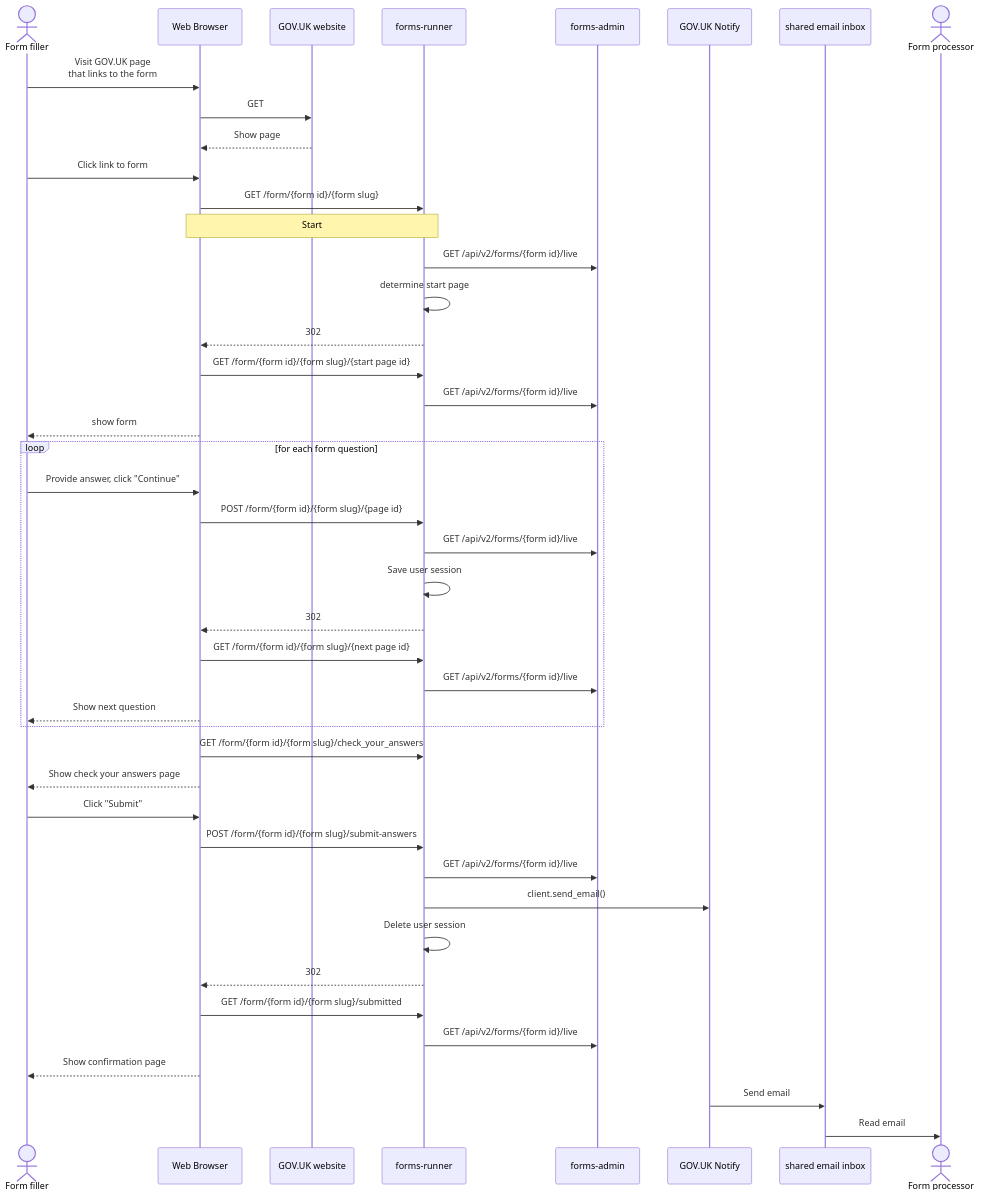
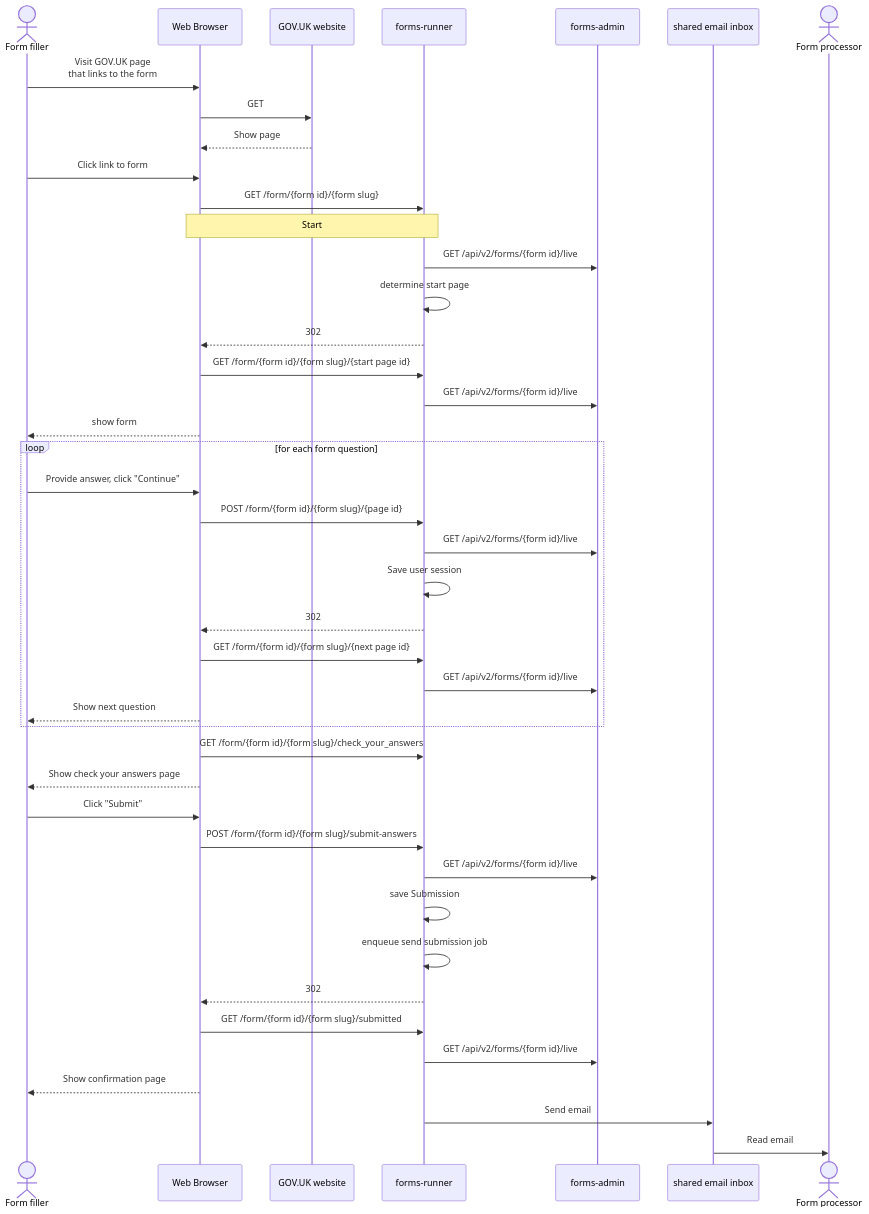
Before and after one commit to alphagov/forms: the first of 2 diagrams in diagrams/sequence-diagrams/filling-in-a-form.md, drawn with Mermaid. The commit also changed other lines of this file and 3 other files, not shown here.

First line of the commit message:
Update sequence diagrams for sending submission emails

````diff
--- a/diagrams/sequence-diagrams/filling-in-a-form.md
+++ b/diagrams/sequence-diagrams/filling-in-a-form.md
@@ -3,50 +3,49 @@
 ```mermaid 
 sequenceDiagram
   actor user as Form filler
   participant browser as Web Browser
   participant govuk as GOV.UK website
   participant runner as forms-runner
   participant admin as forms-admin
-  participant notify as GOV.UK Notify
   participant inbox as shared email inbox
   actor processor as Form processor
 
   user->>browser: Visit GOV.UK page<br />that links to the form
   browser->>govuk: GET
   govuk-->>browser: Show page
 
   user->>browser: Click link to form
   browser->>runner: GET /form/{form id}/{form slug}
   note over browser,runner: Start 
   runner->>admin: GET /api/v2/forms/{form id}/live
   runner->>runner: determine start page  
   runner-->>browser: 302
   browser->>runner: GET /form/{form id}/{form slug}/{start page id}
   runner->>admin: GET /api/v2/forms/{form id}/live
   browser-->>user: show form
 
   loop for each form question
     user->>browser: Provide answer, click "Continue"
     browser->>runner: POST /form/{form id}/{form slug}/{page id}
     runner->>admin: GET /api/v2/forms/{form id}/live
     runner->>runner: Save user session
     runner-->>browser: 302
     browser->>runner: GET /form/{form id}/{form slug}/{next page id}
     runner->>admin: GET /api/v2/forms/{form id}/live
     browser-->>user: Show next question    
   end
 
   browser->>runner: GET /form/{form id}/{form slug}/check_your_answers
   browser-->>user: Show check your answers page
   user->>browser: Click "Submit"
   browser->>runner: POST /form/{form id}/{form slug}/submit-answers
   runner->>admin: GET /api/v2/forms/{form id}/live
-  runner->>notify: client.send_email()
-  runner->>runner: Delete user session
+  runner->>runner: save Submission
+  runner->>runner: enqueue send submission job
   runner-->>browser: 302
   browser->>runner: GET /form/{form id}/{form slug}/submitted
   runner->>admin: GET /api/v2/forms/{form id}/live
   browser-->>user: Show confirmation page
-  notify->>inbox: Send email
+  runner->>inbox: Send email
   inbox->>processor: Read email
 ```
````
